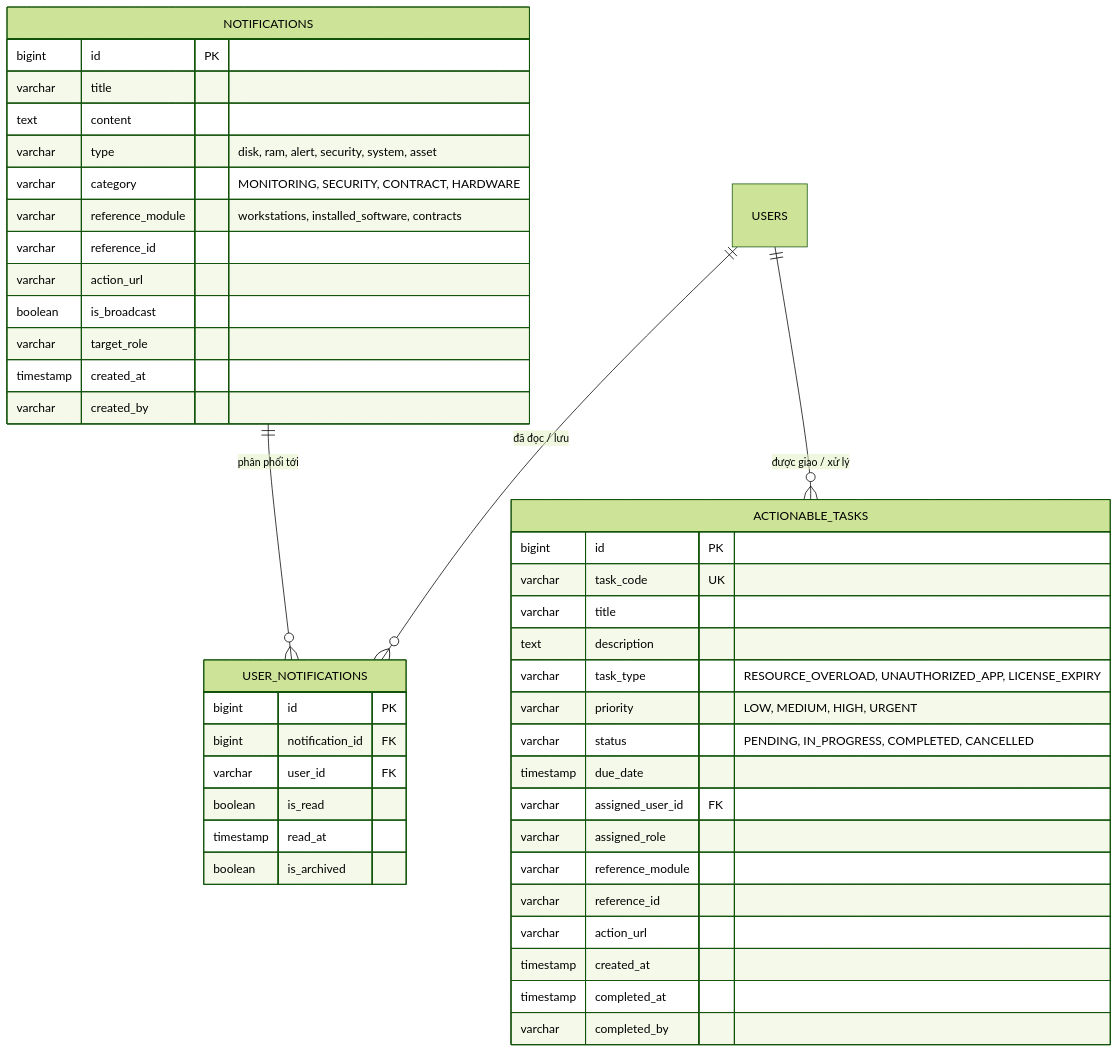
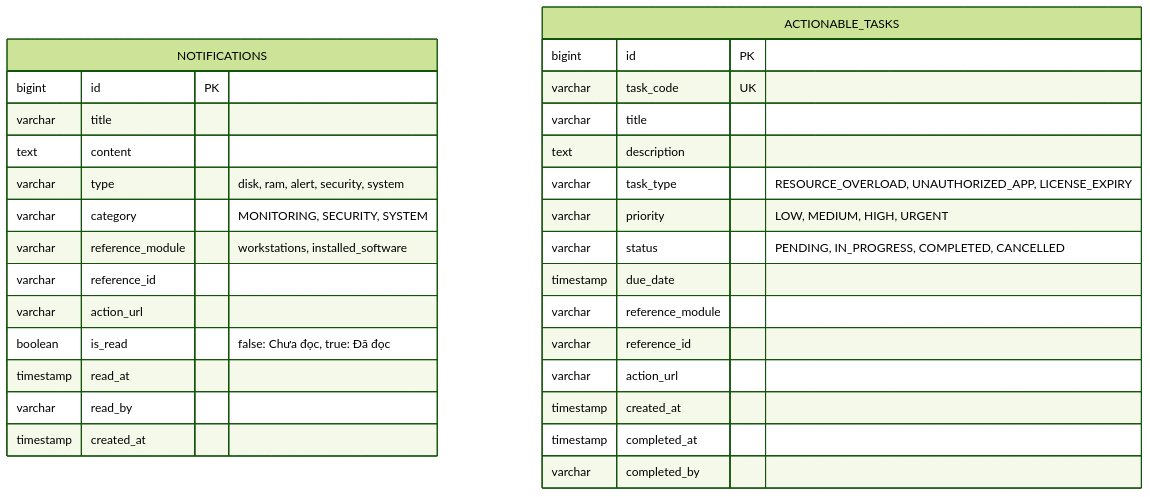
Before and after one commit to NguyenCong2806/aims-admin-frontend: the second of 2 diagrams in DOCS_NOTIFICATION_AND_PENDING_TASKS_SPEC.md, drawn with Mermaid (forest theme). The commit also changed other lines of this file, not shown here.

Commit message:
docs: simplify backend schema to single global notifications table

````diff
--- a/DOCS_NOTIFICATION_AND_PENDING_TASKS_SPEC.md
+++ b/DOCS_NOTIFICATION_AND_PENDING_TASKS_SPEC.md
@@ -68,49 +64,34 @@
 ```mermaid
 erDiagram
-    NOTIFICATIONS ||--o{ USER_NOTIFICATIONS : "phân phối tới"
-    USERS ||--o{ USER_NOTIFICATIONS : "đã đọc / lưu"
-    USERS ||--o{ ACTIONABLE_TASKS : "được giao / xử lý"
-    
     NOTIFICATIONS {
         bigint id PK
         varchar title
         text content
-        varchar type "disk, ram, alert, security, system, asset"
-        varchar category "MONITORING, SECURITY, CONTRACT, HARDWARE"
-        varchar reference_module "workstations, installed_software, contracts"
+        varchar type "disk, ram, alert, security, system"
+        varchar category "MONITORING, SECURITY, SYSTEM"
+        varchar reference_module "workstations, installed_software"
         varchar reference_id
         varchar action_url
-        boolean is_broadcast
-        varchar target_role
+        boolean is_read "false: Chưa đọc, true: Đã đọc"
+        timestamp read_at
+        varchar read_by
         timestamp created_at
-        varchar created_by
-    }
-
-    USER_NOTIFICATIONS {
-        bigint id PK
-        bigint notification_id FK
-        varchar user_id FK
-        boolean is_read
-        timestamp read_at
-        boolean is_archived
     }
 
     ACTIONABLE_TASKS {
         bigint id PK
         varchar task_code UK
         varchar title
         text description
         varchar task_type "RESOURCE_OVERLOAD, UNAUTHORIZED_APP, LICENSE_EXPIRY"
         varchar priority "LOW, MEDIUM, HIGH, URGENT"
         varchar status "PENDING, IN_PROGRESS, COMPLETED, CANCELLED"
         timestamp due_date
-        varchar assigned_user_id FK
-        varchar assigned_role
         varchar reference_module
         varchar reference_id
         varchar action_url
         timestamp created_at
         timestamp completed_at
         varchar completed_by
     }
 ```
````
